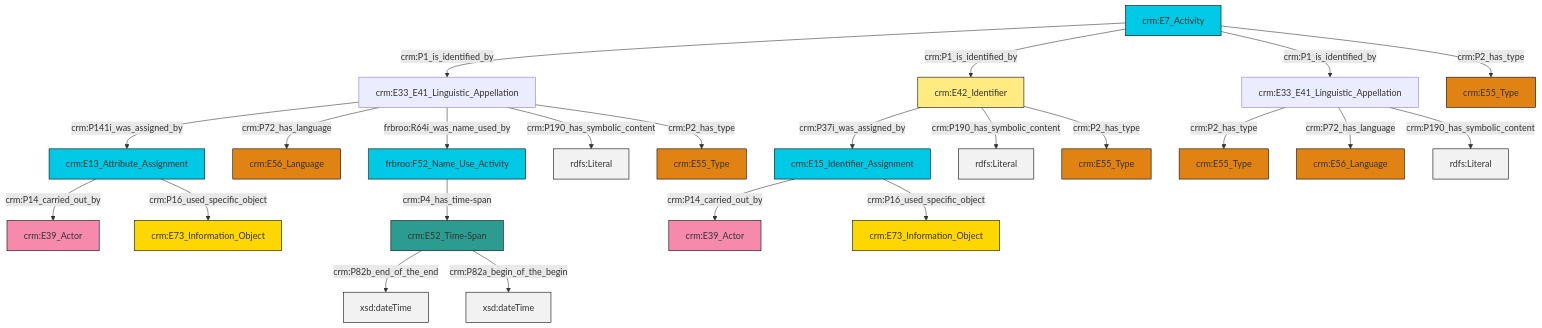
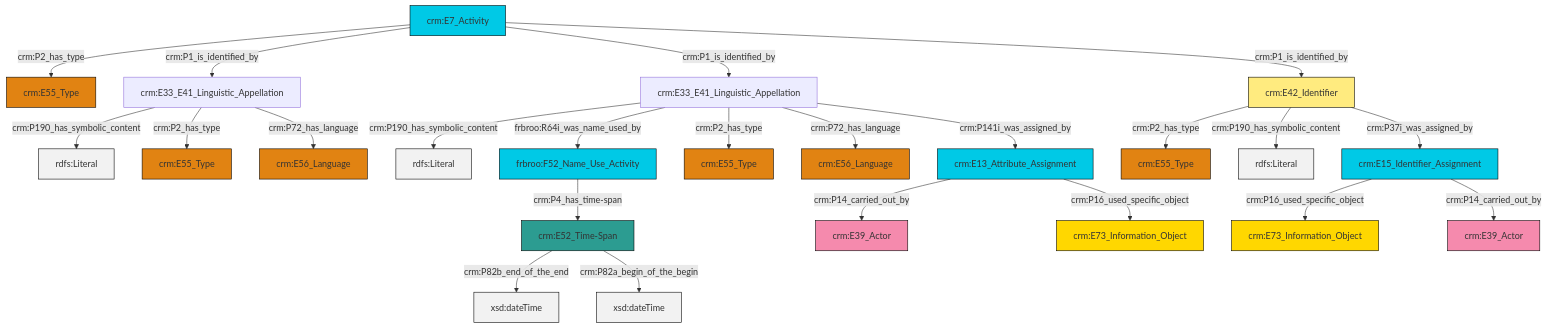
The diagram in et/eventCSV/ttl/mmd/event_name.ttl.mmd (swiss-art-research-net/docs.swissartresearch), drawn with Mermaid before and after one commit. The commit also changed 177 other files, not shown here.

```diff
--- a/et/eventCSV/ttl/mmd/event_name.ttl.mmd
+++ b/et/eventCSV/ttl/mmd/event_name.ttl.mmd
@@ -1,37 +1,37 @@
 graph TD
 classDef Literal fill:#f2f2f2,stroke:#000000;
 classDef CRM_Entity fill:#FFFFFF,stroke:#000000;
 classDef Temporal_Entity fill:#00C9E6, stroke:#000000;
 classDef Type fill:#E18312, stroke:#000000;
 classDef Time-Span fill:#2C9C91, stroke:#000000;
 classDef Appellation fill:#FFEB7F, stroke:#000000;
 classDef Place fill:#008836, stroke:#000000;
 classDef Persistent_Item fill:#B266B2, stroke:#000000;
 classDef Conceptual_Object fill:#FFD700, stroke:#000000;
 classDef Physical_Thing fill:#D2B48C, stroke:#000000;
 classDef Actor fill:#f58aad, stroke:#000000;
 classDef PC_Classes fill:#4ce600, stroke:#000000;
 classDef Multi fill:#cccccc,stroke:#000000;
 
-8["crm:E33_E41_Linguistic_Appellation"]:::Default -->|crm:P141i_was_assigned_by| 6["crm:E13_Attribute_Assignment"]:::Temporal_Entity
-2["frbroo:F52_Name_Use_Activity"]:::Temporal_Entity -->|crm:P4_has_time-span| 9["crm:E52_Time-Span"]:::Time-Span
-8["crm:E33_E41_Linguistic_Appellation"]:::Default -->|crm:P72_has_language| 13["crm:E56_Language"]:::Type
-6["crm:E13_Attribute_Assignment"]:::Temporal_Entity -->|crm:P14_carried_out_by| 11["crm:E39_Actor"]:::Actor
-20["crm:E42_Identifier"]:::Appellation -->|crm:P37i_was_assigned_by| 26["crm:E15_Identifier_Assignment"]:::Temporal_Entity
-8["crm:E33_E41_Linguistic_Appellation"]:::Default -->|frbroo:R64i_was_name_used_by| 2["frbroo:F52_Name_Use_Activity"]:::Temporal_Entity
-9["crm:E52_Time-Span"]:::Time-Span -->|crm:P82b_end_of_the_end| 29[xsd:dateTime]:::Literal
-8["crm:E33_E41_Linguistic_Appellation"]:::Default -->|crm:P190_has_symbolic_content| 30[rdfs:Literal]:::Literal
-6["crm:E13_Attribute_Assignment"]:::Temporal_Entity -->|crm:P16_used_specific_object| 14["crm:E73_Information_Object"]:::Conceptual_Object
-8["crm:E33_E41_Linguistic_Appellation"]:::Default -->|crm:P2_has_type| 22["crm:E55_Type"]:::Type
-4["crm:E7_Activity"]:::Temporal_Entity -->|crm:P1_is_identified_by| 8["crm:E33_E41_Linguistic_Appellation"]:::Default
-20["crm:E42_Identifier"]:::Appellation -->|crm:P190_has_symbolic_content| 31[rdfs:Literal]:::Literal
-32["crm:E33_E41_Linguistic_Appellation"]:::Default -->|crm:P2_has_type| 0["crm:E55_Type"]:::Type
-4["crm:E7_Activity"]:::Temporal_Entity -->|crm:P1_is_identified_by| 20["crm:E42_Identifier"]:::Appellation
-32["crm:E33_E41_Linguistic_Appellation"]:::Default -->|crm:P72_has_language| 18["crm:E56_Language"]:::Type
-4["crm:E7_Activity"]:::Temporal_Entity -->|crm:P1_is_identified_by| 32["crm:E33_E41_Linguistic_Appellation"]:::Default
-20["crm:E42_Identifier"]:::Appellation -->|crm:P2_has_type| 35["crm:E55_Type"]:::Type
-32["crm:E33_E41_Linguistic_Appellation"]:::Default -->|crm:P190_has_symbolic_content| 37[rdfs:Literal]:::Literal
-4["crm:E7_Activity"]:::Temporal_Entity -->|crm:P2_has_type| 27["crm:E55_Type"]:::Type
-9["crm:E52_Time-Span"]:::Time-Span -->|crm:P82a_begin_of_the_begin| 38[xsd:dateTime]:::Literal
-26["crm:E15_Identifier_Assignment"]:::Temporal_Entity -->|crm:P14_carried_out_by| 39["crm:E39_Actor"]:::Actor
-26["crm:E15_Identifier_Assignment"]:::Temporal_Entity -->|crm:P16_used_specific_object| 16["crm:E73_Information_Object"]:::Conceptual_Object
+2["crm:E33_E41_Linguistic_Appellation"]:::Default -->|crm:P190_has_symbolic_content| 3[rdfs:Literal]:::Literal
+0["crm:E7_Activity"]:::Temporal_Entity -->|crm:P2_has_type| 4["crm:E55_Type"]:::Type
+0["crm:E7_Activity"]:::Temporal_Entity -->|crm:P1_is_identified_by| 7["crm:E33_E41_Linguistic_Appellation"]:::Default
+8["frbroo:F52_Name_Use_Activity"]:::Temporal_Entity -->|crm:P4_has_time-span| 9["crm:E52_Time-Span"]:::Time-Span
+2["crm:E33_E41_Linguistic_Appellation"]:::Default -->|frbroo:R64i_was_name_used_by| 8["frbroo:F52_Name_Use_Activity"]:::Temporal_Entity
+2["crm:E33_E41_Linguistic_Appellation"]:::Default -->|crm:P2_has_type| 10["crm:E55_Type"]:::Type
+9["crm:E52_Time-Span"]:::Time-Span -->|crm:P82b_end_of_the_end| 11[xsd:dateTime]:::Literal
+0["crm:E7_Activity"]:::Temporal_Entity -->|crm:P1_is_identified_by| 2["crm:E33_E41_Linguistic_Appellation"]:::Default
+16["crm:E15_Identifier_Assignment"]:::Temporal_Entity -->|crm:P16_used_specific_object| 17["crm:E73_Information_Object"]:::Conceptual_Object
+7["crm:E33_E41_Linguistic_Appellation"]:::Default -->|crm:P190_has_symbolic_content| 20[rdfs:Literal]:::Literal
+2["crm:E33_E41_Linguistic_Appellation"]:::Default -->|crm:P72_has_language| 18["crm:E56_Language"]:::Type
+16["crm:E15_Identifier_Assignment"]:::Temporal_Entity -->|crm:P14_carried_out_by| 5["crm:E39_Actor"]:::Actor
+2["crm:E33_E41_Linguistic_Appellation"]:::Default -->|crm:P141i_was_assigned_by| 25["crm:E13_Attribute_Assignment"]:::Temporal_Entity
+25["crm:E13_Attribute_Assignment"]:::Temporal_Entity -->|crm:P14_carried_out_by| 14["crm:E39_Actor"]:::Actor
+25["crm:E13_Attribute_Assignment"]:::Temporal_Entity -->|crm:P16_used_specific_object| 27["crm:E73_Information_Object"]:::Conceptual_Object
+7["crm:E33_E41_Linguistic_Appellation"]:::Default -->|crm:P2_has_type| 23["crm:E55_Type"]:::Type
+36["crm:E42_Identifier"]:::Appellation -->|crm:P2_has_type| 12["crm:E55_Type"]:::Type
+36["crm:E42_Identifier"]:::Appellation -->|crm:P190_has_symbolic_content| 37[rdfs:Literal]:::Literal
+7["crm:E33_E41_Linguistic_Appellation"]:::Default -->|crm:P72_has_language| 21["crm:E56_Language"]:::Type
+9["crm:E52_Time-Span"]:::Time-Span -->|crm:P82a_begin_of_the_begin| 41[xsd:dateTime]:::Literal
+36["crm:E42_Identifier"]:::Appellation -->|crm:P37i_was_assigned_by| 16["crm:E15_Identifier_Assignment"]:::Temporal_Entity
+0["crm:E7_Activity"]:::Temporal_Entity -->|crm:P1_is_identified_by| 36["crm:E42_Identifier"]:::Appellation
```
